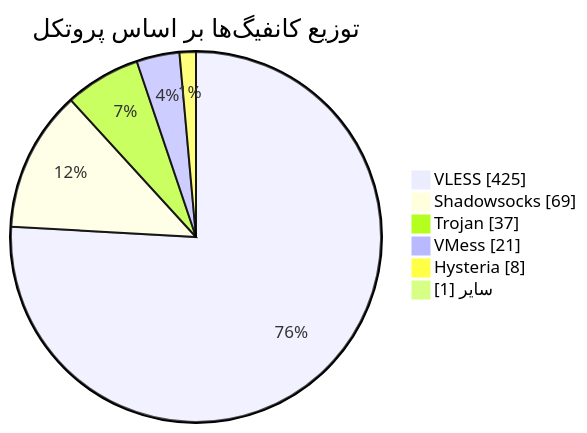
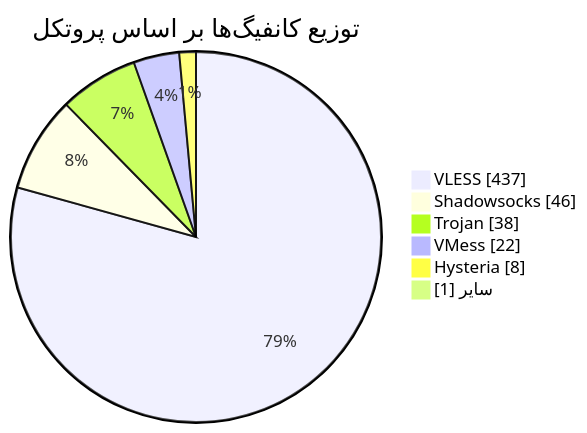
The diagram in README.md (Arian-Alijani/Somthing), drawn with Mermaid before and after one commit. The commit also changed other lines of this file and 61 other files, not shown here.

````diff
--- a/README.md
+++ b/README.md
@@ -48,10 +48,10 @@
 ```mermaid
 pie showData
     title توزیع کانفیگ‌ها بر اساس پروتکل
-    "VLESS" : 425
-    "Shadowsocks" : 69
-    "Trojan" : 37
-    "VMess" : 21
+    "VLESS" : 437
+    "Shadowsocks" : 46
+    "Trojan" : 38
+    "VMess" : 22
     "Hysteria" : 8
     "سایر" : 1
 ```
````
